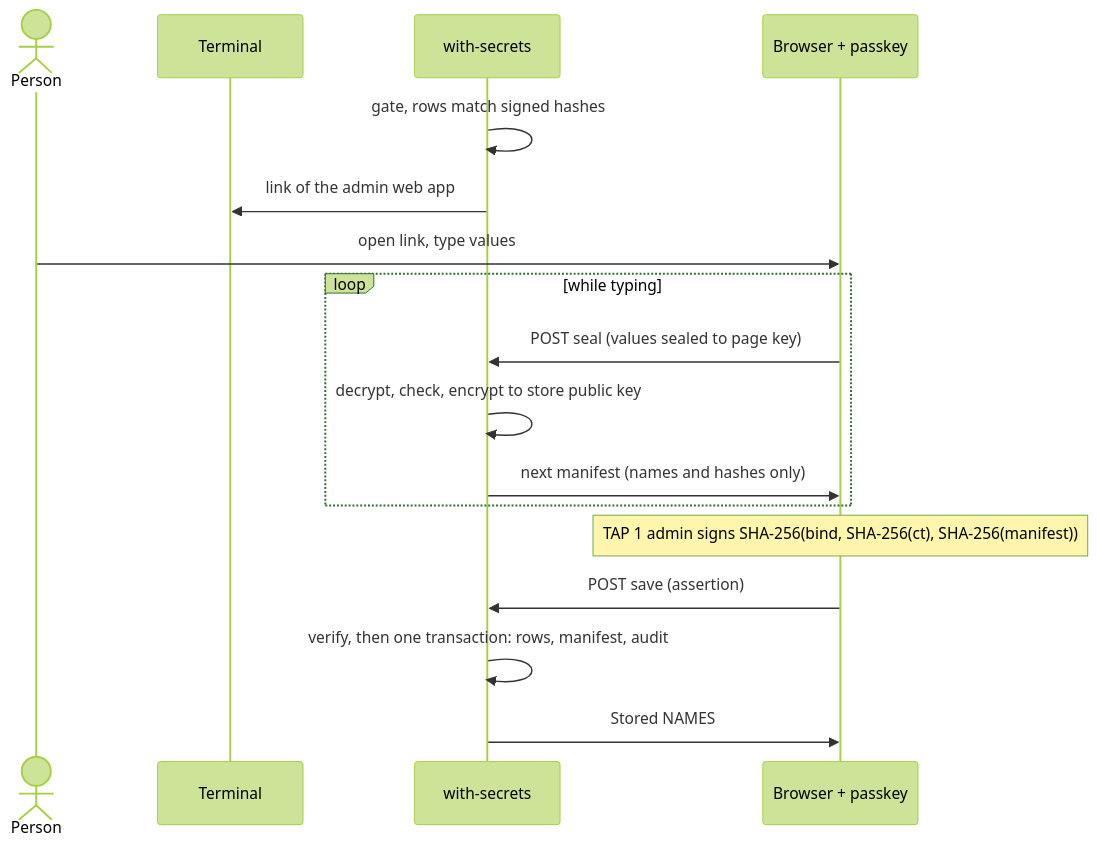
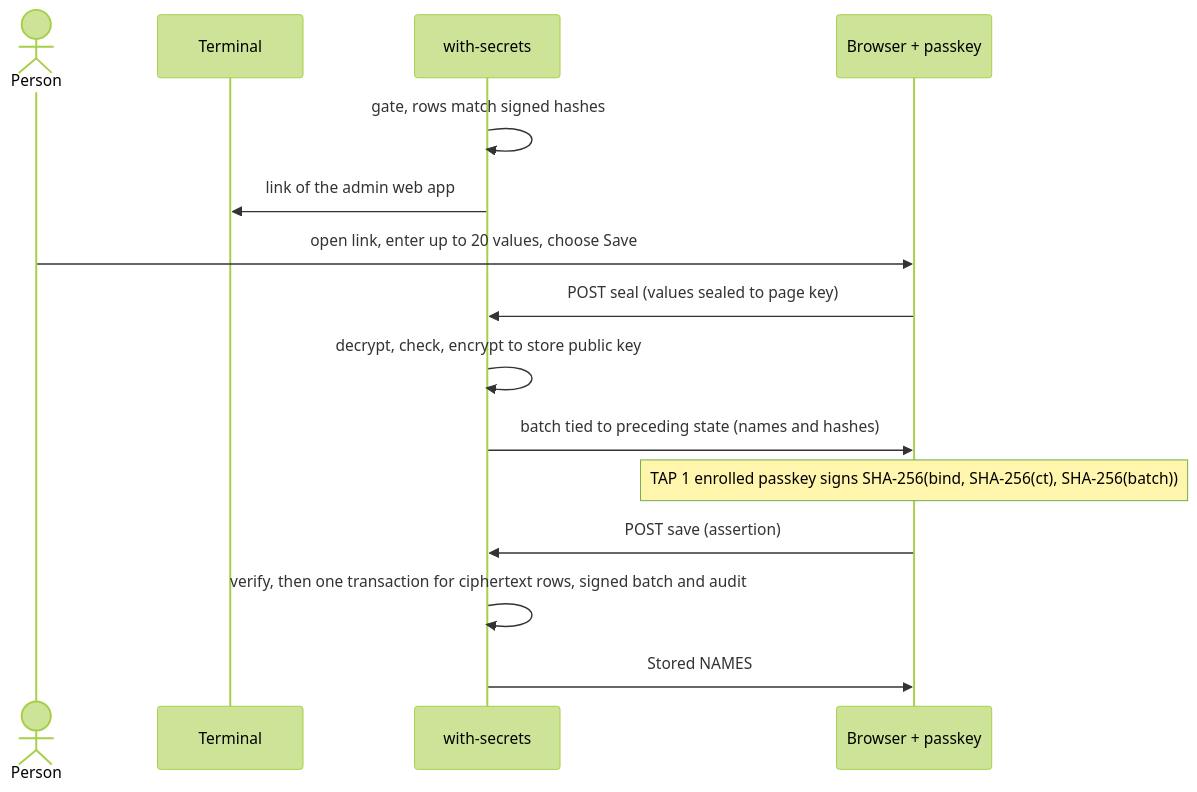
One commit to CodePenguin/with-secrets changed the fourth of 8 diagrams in docs/architecture.md. Above: the diagram before and after it, drawn with Mermaid (forest theme). The commit also changed other lines of this file and 28 other files, not shown here.

````diff
--- a/docs/architecture.md
+++ b/docs/architecture.md
@@ -203,19 +203,17 @@
 ```mermaid
 sequenceDiagram
     actor P as Person
     participant T as Terminal
     participant C as with-secrets
     participant B as Browser + passkey
     C->>C: gate, rows match signed hashes
     C->>T: link of the admin web app
-    P->>B: open link, type values
-    loop while typing
-        B->>C: POST seal (values sealed to page key)
-        C->>C: decrypt, check, encrypt to store public key
-        C->>B: next manifest (names and hashes only)
-    end
-    Note over B: TAP 1 admin signs SHA-256(bind, SHA-256(ct), SHA-256(manifest))
+    P->>B: open link, enter up to 20 values, choose Save
+    B->>C: POST seal (values sealed to page key)
+    C->>C: decrypt, check, encrypt to store public key
+    C->>B: batch tied to preceding state (names and hashes)
+    Note over B: TAP 1 enrolled passkey signs SHA-256(bind, SHA-256(ct), SHA-256(batch))
     B->>C: POST save (assertion)
-    C->>C: verify, then one transaction: rows, manifest, audit
+    C->>C: verify, then one transaction for ciphertext rows, signed batch and audit
     C->>B: Stored NAMES
 ```
````
